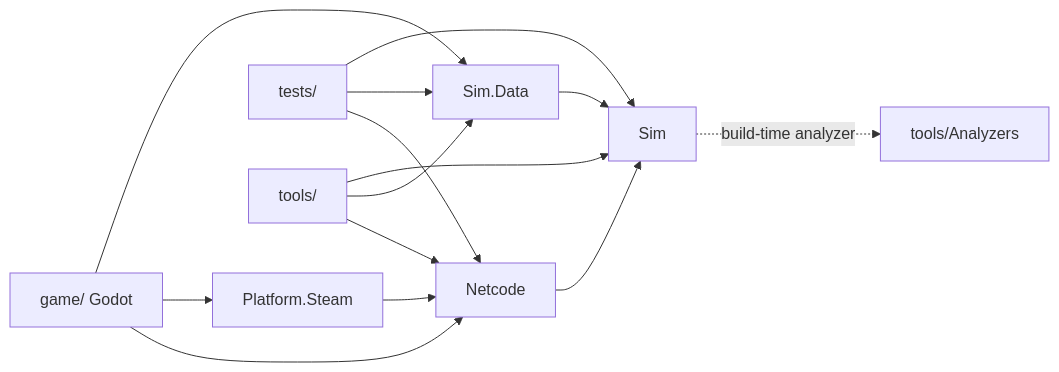
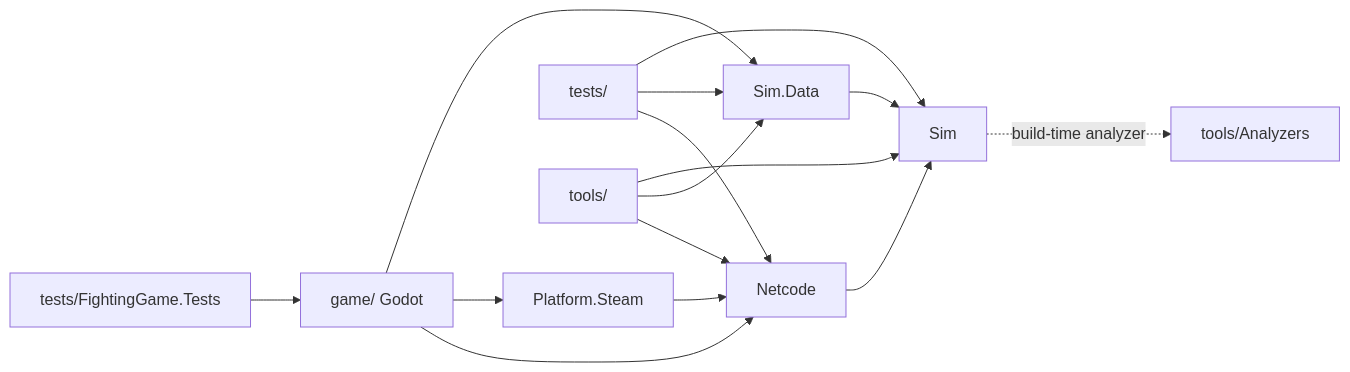
One commit to ChainShiftGames/fighting-game changed the first of 2 diagrams in ARCHITECTURE.md. Above: the diagram before and after it, drawn with Mermaid. The commit also changed other lines of this file and 65 other files, not shown here.

````diff
--- a/ARCHITECTURE.md
+++ b/ARCHITECTURE.md
@@ -28,16 +28,17 @@
 ```mermaid
 graph LR
   Game[game/ Godot] --> Netcode
   Game --> Platform[Platform.Steam]
   Platform --> Netcode
   Netcode --> Sim
   Game --> SimData[Sim.Data]
   SimData --> Sim
   Tests[tests/] --> Netcode
   Tests --> SimData
   Tests --> Sim
+  GameTests[tests/FightingGame.Tests] --> Game
   Tools[tools/] --> Netcode
   Tools --> SimData
   Tools --> Sim
   Sim -. build-time analyzer .-> Analyzers[tools/Analyzers]
 ```
````
